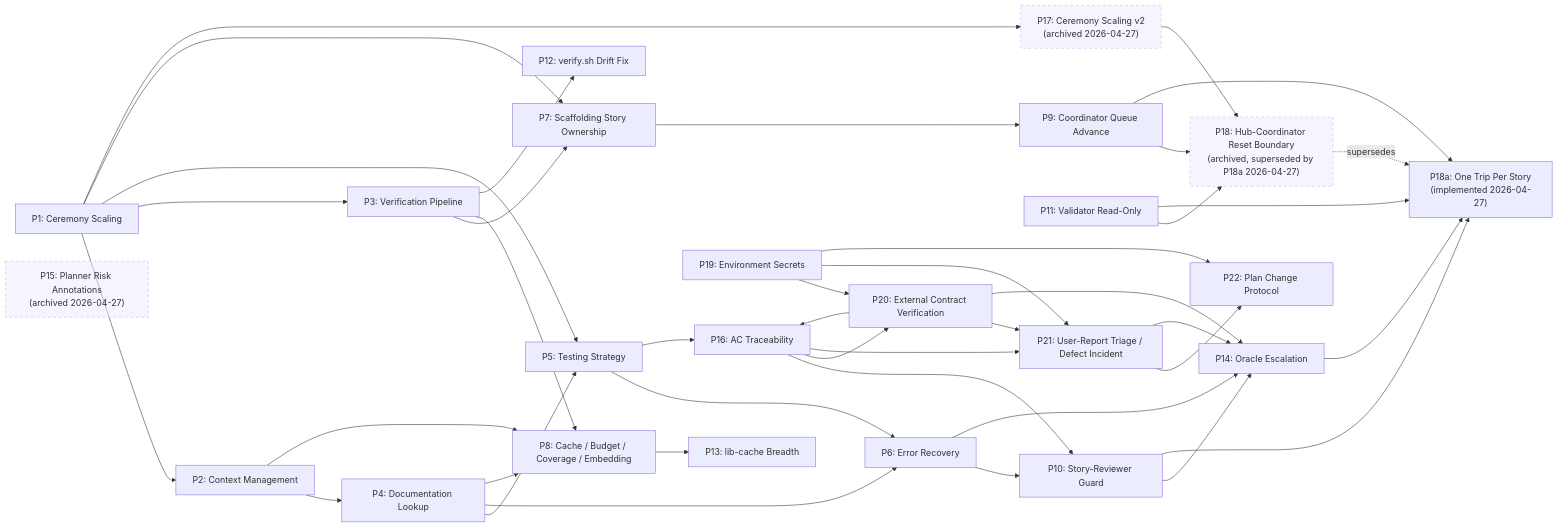
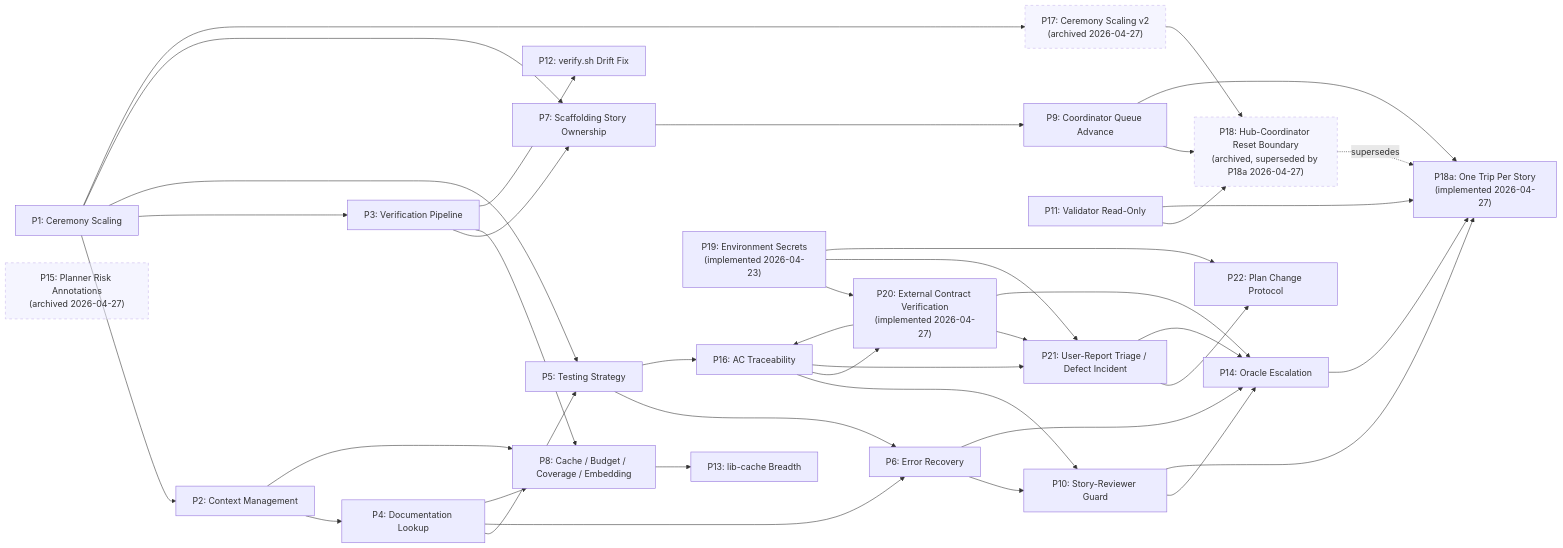
Before and after one commit to gleeb/ai-registry: the diagram in opencode/improvement-proposals/INDEX.md, drawn with Mermaid. The commit also changed other lines of this file and 9 other files, not shown here.

````diff
--- a/opencode/improvement-proposals/INDEX.md
+++ b/opencode/improvement-proposals/INDEX.md
@@ -77,74 +77,74 @@
 ```mermaid
 flowchart LR
     P1["P1: Ceremony Scaling"]
     P2["P2: Context Management"]
     P3["P3: Verification Pipeline"]
     P4["P4: Documentation Lookup"]
     P5["P5: Testing Strategy"]
     P6["P6: Error Recovery"]
     P7["P7: Scaffolding Story Ownership"]
     P8["P8: Cache / Budget / Coverage / Embedding"]
     P9["P9: Coordinator Queue Advance"]
     P10["P10: Story-Reviewer Guard"]
     P11["P11: Validator Read-Only"]
     P12["P12: verify.sh Drift Fix"]
     P13["P13: lib-cache Breadth"]
     P14["P14: Oracle Escalation"]
     P15["P15: Planner Risk Annotations<br/>(archived 2026-04-27)"]
     P16["P16: AC Traceability"]
     P17["P17: Ceremony Scaling v2<br/>(archived 2026-04-27)"]
     P18["P18: Hub-Coordinator Reset Boundary<br/>(archived, superseded by P18a 2026-04-27)"]
     P18a["P18a: One Trip Per Story<br/>(implemented 2026-04-27)"]
-    P19["P19: Environment Secrets"]
-    P20["P20: External Contract Verification"]
+    P19["P19: Environment Secrets<br/>(implemented 2026-04-23)"]
+    P20["P20: External Contract Verification<br/>(implemented 2026-04-27)"]
     P21["P21: User-Report Triage / Defect Incident"]
     P22["P22: Plan Change Protocol"]
 
     P1 --> P2
     P1 --> P3
     P1 --> P5
     P1 --> P7
     P2 --> P4
     P4 --> P5
     P5 --> P6
     P4 --> P6
     P3 --> P7
     P2 --> P8
     P3 --> P8
     P4 --> P8
 
     P3 --> P12
     P7 --> P9
     P6 --> P10
     P5 --> P16
     P16 --> P10
     P8 --> P13
     P6 --> P14
     P10 --> P14
     P1 --> P17
 
     P11 --> P18
     P17 --> P18
     P9 --> P18
 
     P18 -.supersedes.-> P18a
     P11 --> P18a
     P9 --> P18a
     P14 --> P18a
     P10 --> P18a
 
     style P15 stroke-dasharray: 5 5,opacity:0.5
     style P17 stroke-dasharray: 5 5,opacity:0.5
     style P18 stroke-dasharray: 5 5,opacity:0.5
 
     P19 --> P20
     P19 --> P21
     P19 --> P22
     P16 --> P20
     P20 --> P16
     P20 --> P21
     P16 --> P21
     P21 --> P22
     P21 --> P14
     P20 --> P14
 ```
````
